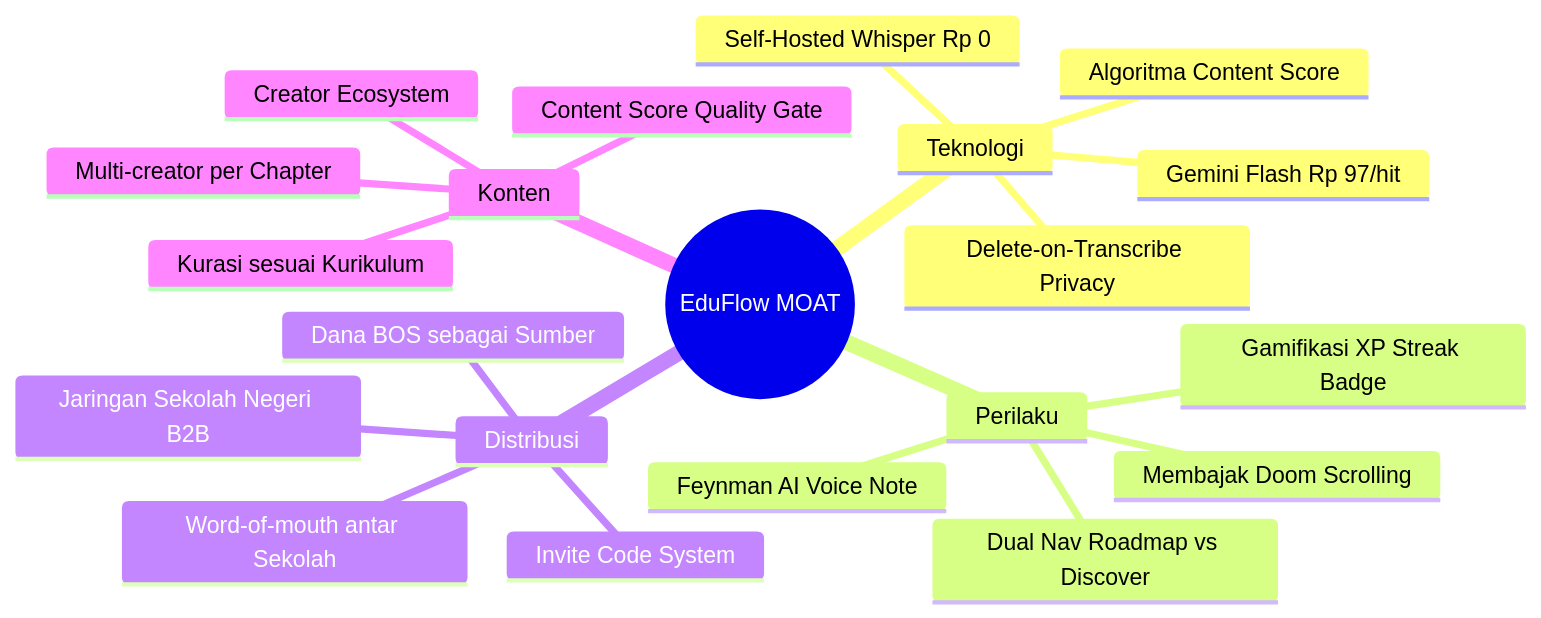
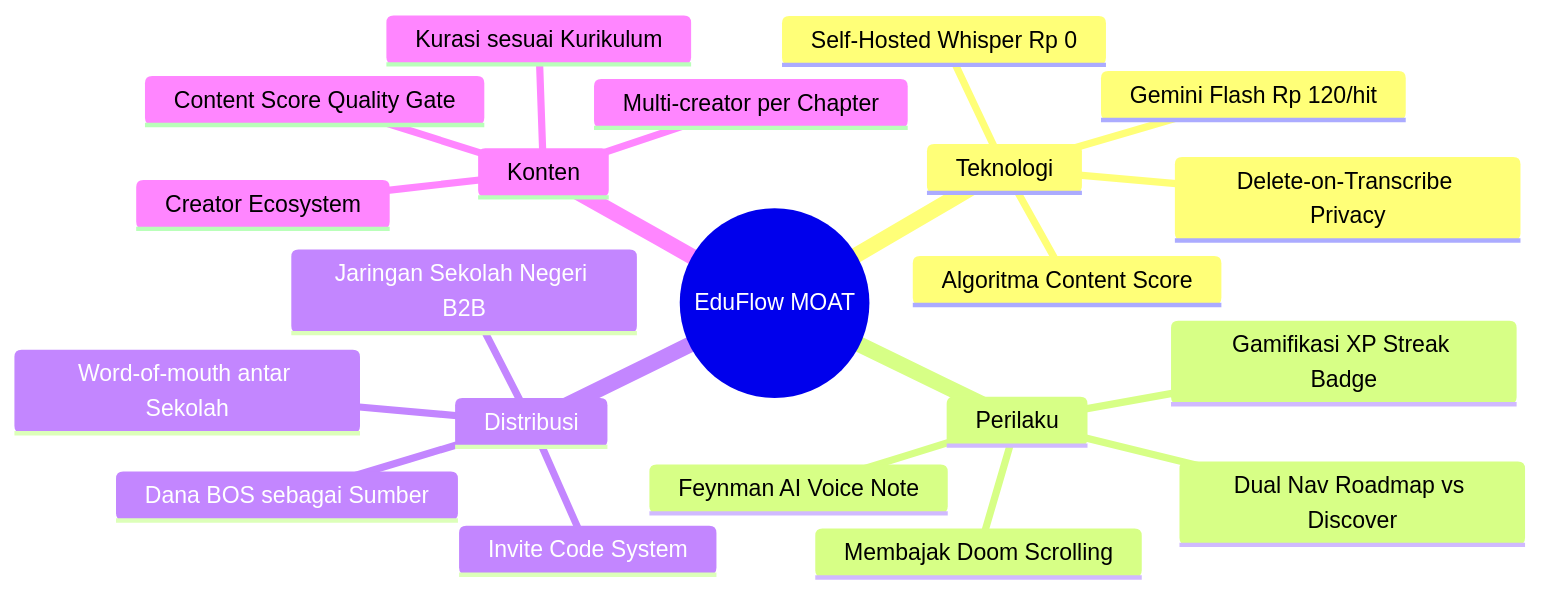
The second of 3 diagrams in BMC.md (Areyoufunn/project1), drawn with Mermaid before and after one commit. The commit also changed other lines of this file and 2 other files, not shown here.

````diff
--- a/BMC.md
+++ b/BMC.md
@@ -398,24 +400,24 @@
 ```mermaid
 mindmap
   root((EduFlow MOAT))
     Teknologi
       Self-Hosted Whisper Rp 0
-      Gemini Flash Rp 97/hit
+      Gemini Flash Rp 120/hit
       Algoritma Content Score
       Delete-on-Transcribe Privacy
     Perilaku
       Membajak Doom Scrolling
       Feynman AI Voice Note
       Dual Nav Roadmap vs Discover
       Gamifikasi XP Streak Badge
     Distribusi
       Jaringan Sekolah Negeri B2B
       Dana BOS sebagai Sumber
       Invite Code System
       Word-of-mouth antar Sekolah
     Konten
       Creator Ecosystem
       Kurasi sesuai Kurikulum
       Content Score Quality Gate
       Multi-creator per Chapter
 ```
````
